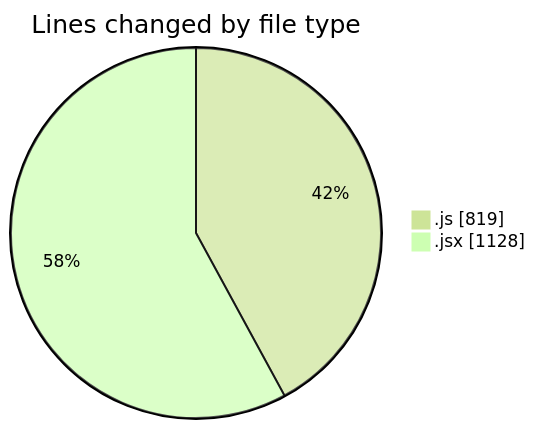
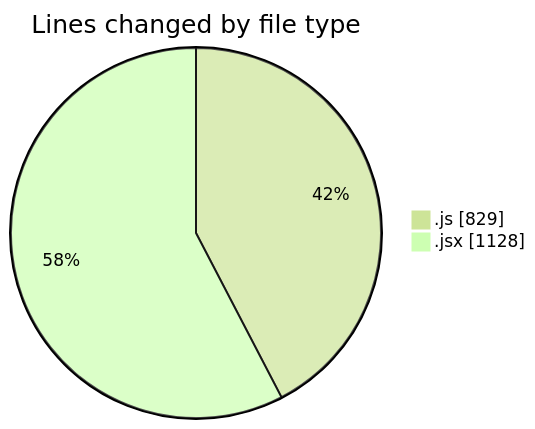
Before and after one commit to nxtqubesakshisongat/code-tracking: the first of 2 diagrams in 2025-12-26/nxtqube_webapp/README.md, drawn with Mermaid (forest theme). The commit also changed other lines of this file and 1 other file, not shown here.

````diff
--- a/2025-12-26/nxtqube_webapp/README.md
+++ b/2025-12-26/nxtqube_webapp/README.md
@@ -24,6 +24,6 @@
 ```mermaid
 pie showData
 title Lines changed by file type
-".js" : 819
+".js" : 829
 ".jsx" : 1128
 ```
````
